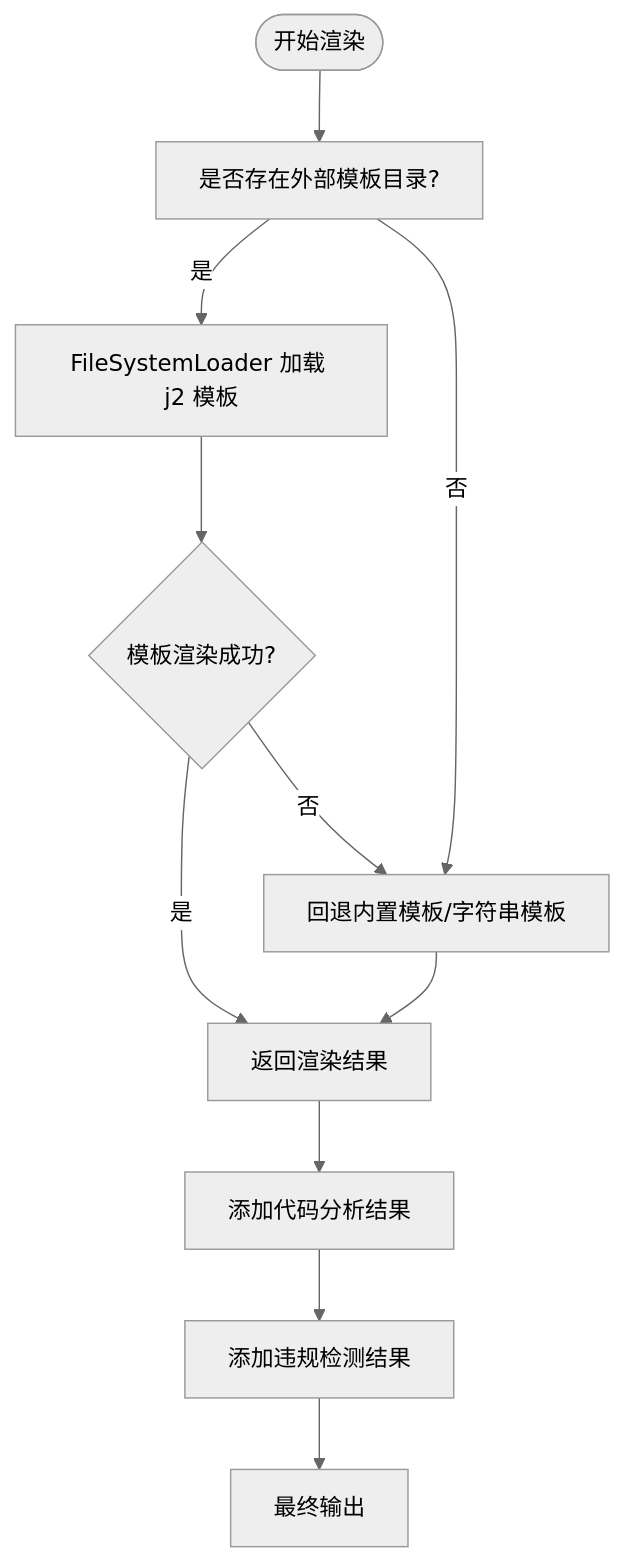
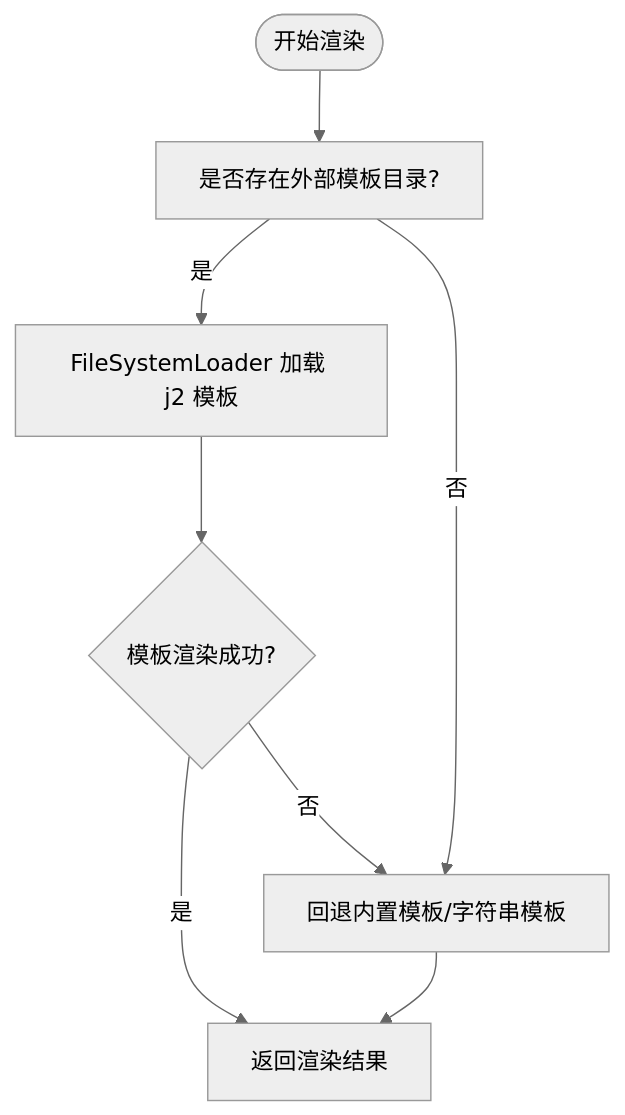
Before and after one commit to boyingliu01/fault-review-analyzer: the fifth of 7 diagrams in .qoder/repowiki/zh/content/可视化系统/报告生成系统.md, drawn with Mermaid (neutral theme). The commit also changed other lines of this file and 125 other files, not shown here.

````diff
--- a/.qoder/repowiki/zh/content/可视化系统/报告生成系统.md
+++ b/.qoder/repowiki/zh/content/可视化系统/报告生成系统.md
@@ -339,13 +279,10 @@
 ```mermaid
 flowchart TD
 Start(["开始渲染"]) --> CheckEnv["是否存在外部模板目录?"]
 CheckEnv --> |是| LoadTmpl["FileSystemLoader 加载 j2 模板"]
 LoadTmpl --> TryRender{"模板渲染成功?"}
 TryRender --> |是| ReturnOut["返回渲染结果"]
 TryRender --> |否| Fallback["回退内置模板/字符串模板"]
 CheckEnv --> |否| Fallback
 Fallback --> ReturnOut
-ReturnOut --> AddAnalysis["添加代码分析结果"]
-AddAnalysis --> AddViolations["添加违规检测结果"]
-AddViolations --> FinalOutput["最终输出"]
 ```
````
